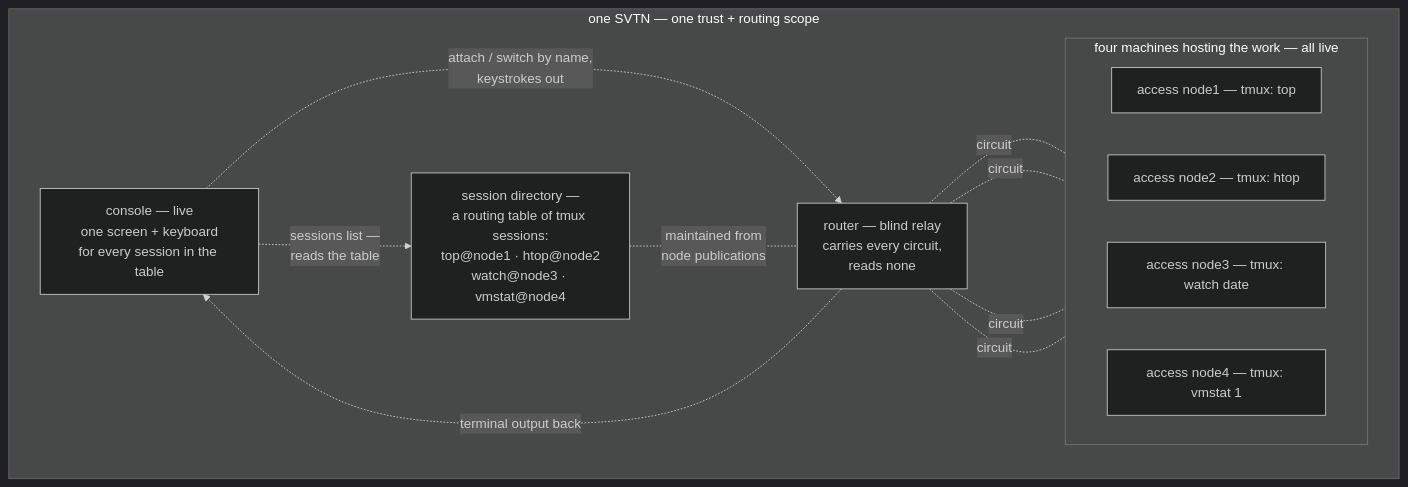
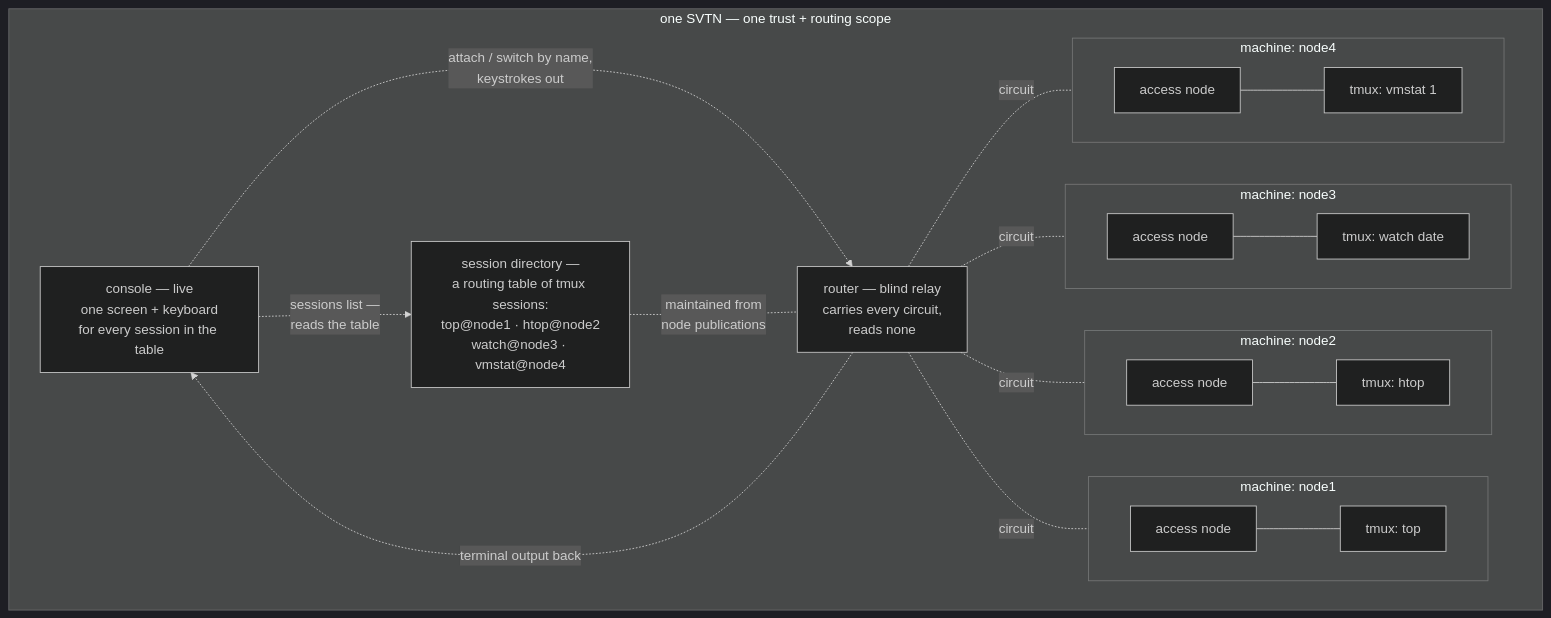
One commit to ArcavenAE/switchboard-blue changed the first of 3 diagrams in examples/05-four-nodes-one-svtn/README.md. Above: the diagram before and after it, drawn with Mermaid (dark theme). The commit also changed 4 other files, not shown here.

First line of the commit message:
docs(diagrams): one box per machine — access node is 1:1 with its computer

````diff
--- a/examples/05-four-nodes-one-svtn/README.md
+++ b/examples/05-four-nodes-one-svtn/README.md
@@ -25,24 +25,33 @@
 ```mermaid
 graph LR
     subgraph svtn["one SVTN — one trust + routing scope"]
         direction LR
         CN["console — live<br/>one screen + keyboard<br/>for every session in the table"]
         DIR["session directory —<br/>a routing table of tmux sessions:<br/>top@node1 · htop@node2<br/>watch@node3 · vmstat@node4"]
         R["router — blind relay<br/>carries every circuit,<br/>reads none"]
-        subgraph work["four machines hosting the work — all live"]
+        subgraph n1["machine: node1"]
             direction LR
-            A1["access node1 — tmux: top"]
-            A2["access node2 — tmux: htop"]
-            A3["access node3 — tmux: watch date"]
-            A4["access node4 — tmux: vmstat 1"]
+            A1["access node"] --- T1["tmux: top"]
+        end
+        subgraph n2["machine: node2"]
+            direction LR
+            A2["access node"] --- T2["tmux: htop"]
+        end
+        subgraph n3["machine: node3"]
+            direction LR
+            A3["access node"] --- T3["tmux: watch date"]
+        end
+        subgraph n4["machine: node4"]
+            direction LR
+            A4["access node"] --- T4["tmux: vmstat 1"]
         end
         CN -. "sessions list —<br/>reads the table" .-> DIR
         CN -. "attach / switch by name,<br/>keystrokes out" .-> R
         R -. "terminal output back" .-> CN
         DIR -. "maintained from<br/>node publications" .- R
         R -. circuit .- A1
         R -. circuit .- A2
         R -. circuit .- A3
         R -. circuit .- A4
     end
 ```
````
